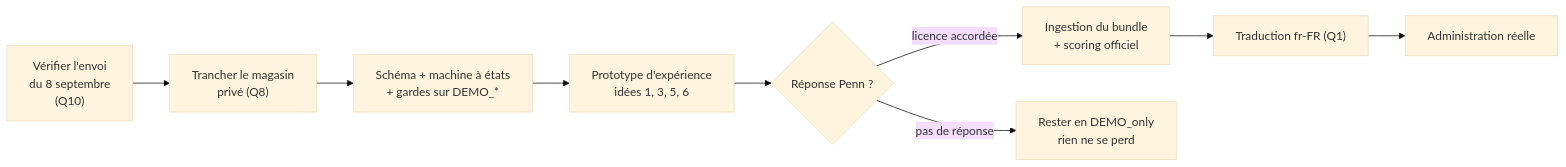
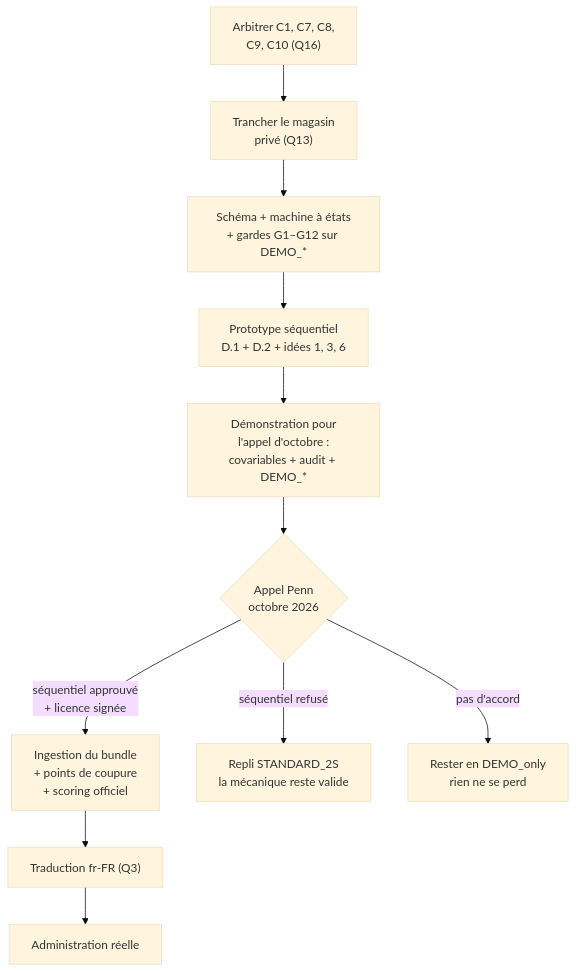
Before and after one commit to CedricxM/EMOPET: the fifth of 5 diagrams in docs/research/cbarq-breiz-integration.md, drawn with Mermaid (base theme). The commit also changed other lines of this file and 1 other file, not shown here.

````diff
--- a/docs/research/cbarq-breiz-integration.md
+++ b/docs/research/cbarq-breiz-integration.md
@@ -891,11 +1532,13 @@
 ```mermaid
-flowchart LR
-    A["Vérifier l'envoi<br/>du 8 septembre<br/>(Q10)"] --> B["Trancher le magasin<br/>privé (Q8)"]
-    B --> C["Schéma + machine à états<br/>+ gardes sur DEMO_*"]
-    C --> D["Prototype d'expérience<br/>idées 1, 3, 5, 6"]
-    D --> E{"Réponse Penn ?"}
-    E -->|licence accordée| F["Ingestion du bundle<br/>+ scoring officiel"]
-    E -->|pas de réponse| G["Rester en DEMO_only<br/>rien ne se perd"]
-    F --> H["Traduction fr-FR (Q1)"]
-    H --> I["Administration réelle"]
+flowchart TB
+    A["Arbitrer C1, C7, C8,<br/>C9, C10 (Q16)"] --> B["Trancher le magasin<br/>privé (Q13)"]
+    B --> C["Schéma + machine à états<br/>+ gardes G1–G12 sur DEMO_*"]
+    C --> D["Prototype séquentiel<br/>D.1 + D.2 + idées 1, 3, 6"]
+    D --> P["Démonstration pour<br/>l'appel d'octobre :<br/>covariables + audit + DEMO_*"]
+    P --> E{"Appel Penn<br/>octobre 2026"}
+    E -->|"séquentiel approuvé<br/>+ licence signée"| F["Ingestion du bundle<br/>+ points de coupure<br/>+ scoring officiel"]
+    E -->|"séquentiel refusé"| G["Repli STANDARD_2S<br/>la mécanique reste valide"]
+    E -->|"pas d'accord"| H["Rester en DEMO_only<br/>rien ne se perd"]
+    F --> I["Traduction fr-FR (Q3)"]
+    I --> J["Administration réelle"]
 ```
````
